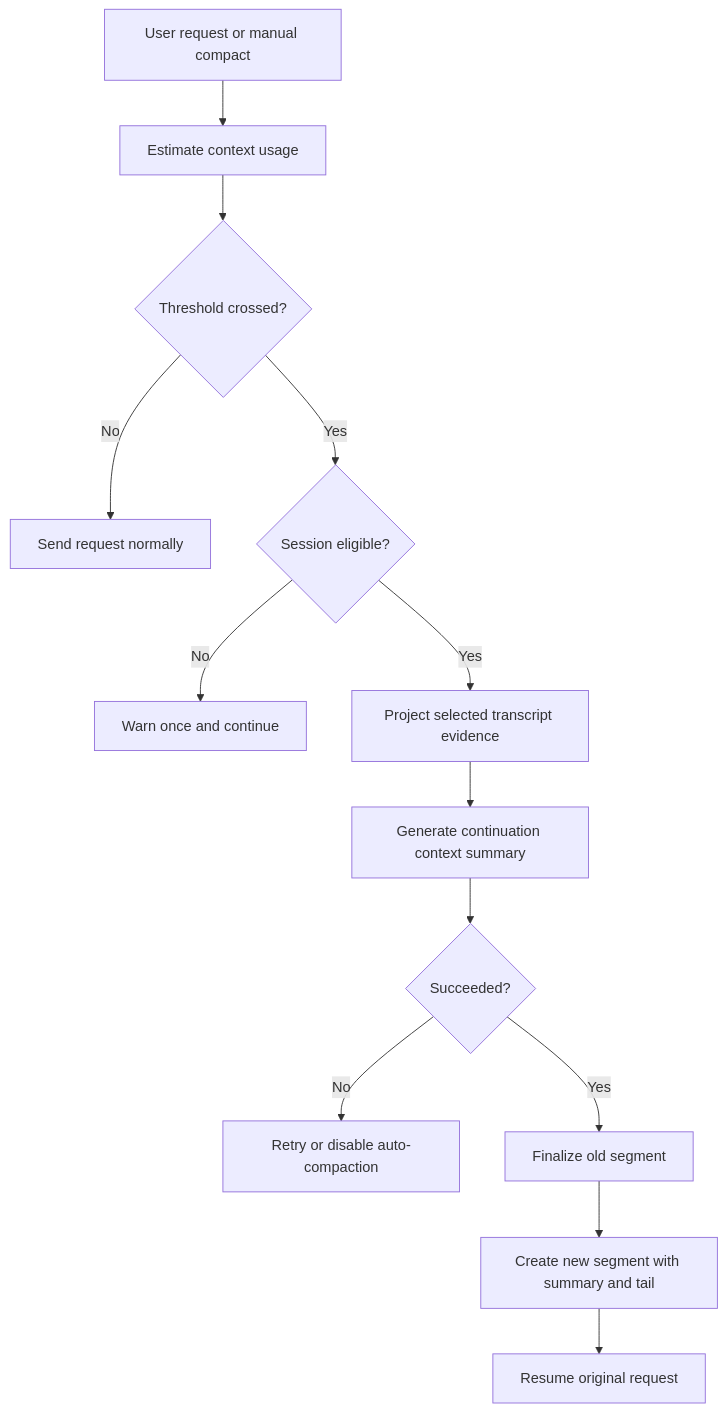
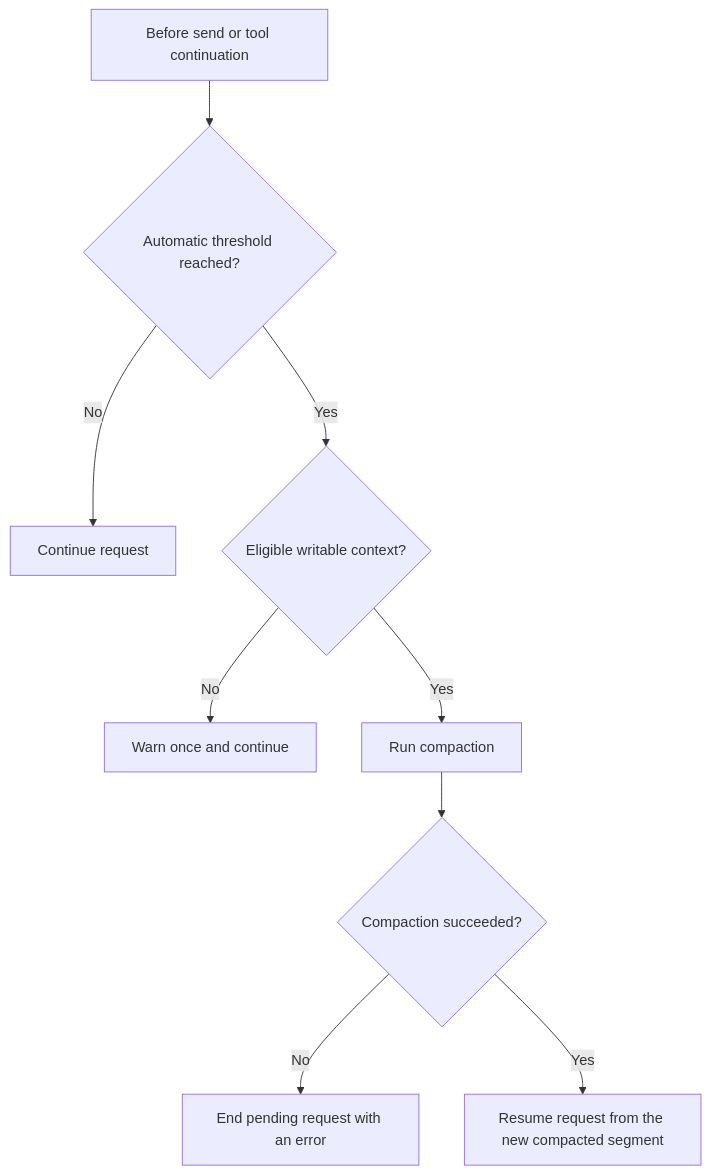
One commit to FrauH0lle/mevedel changed the diagram in docs/compaction.md. Above: the diagram before and after it, drawn with Mermaid. The commit also changed other lines of this file and 166 other files, not shown here.

````diff
--- a/docs/compaction.md
+++ b/docs/compaction.md
@@ -15,15 +18,11 @@
 ```mermaid
 flowchart TD
-    A[User request or manual compact] --> B[Estimate context usage]
-    B --> C{Threshold crossed?}
-    C -- No --> D[Send request normally]
-    C -- Yes --> E{Session eligible?}
-    E -- No --> F[Warn once and continue]
-    E -- Yes --> G[Project selected transcript evidence]
-    G --> H[Generate continuation context summary]
-    H --> I{Succeeded?}
-    I -- No --> J[Retry or disable auto-compaction]
-    I -- Yes --> K[Finalize old segment]
-    K --> L[Create new segment with summary and tail]
-    L --> M[Resume original request]
+    A[Before send or tool continuation] --> B{Automatic threshold reached?}
+    B -- No --> C[Continue request]
+    B -- Yes --> D{Eligible writable context?}
+    D -- No --> E[Warn once and continue]
+    D -- Yes --> F[Run compaction]
+    F --> G{Compaction succeeded?}
+    G -- No --> H[End pending request with an error]
+    G -- Yes --> I[Resume request from the new compacted segment]
 ```
````
